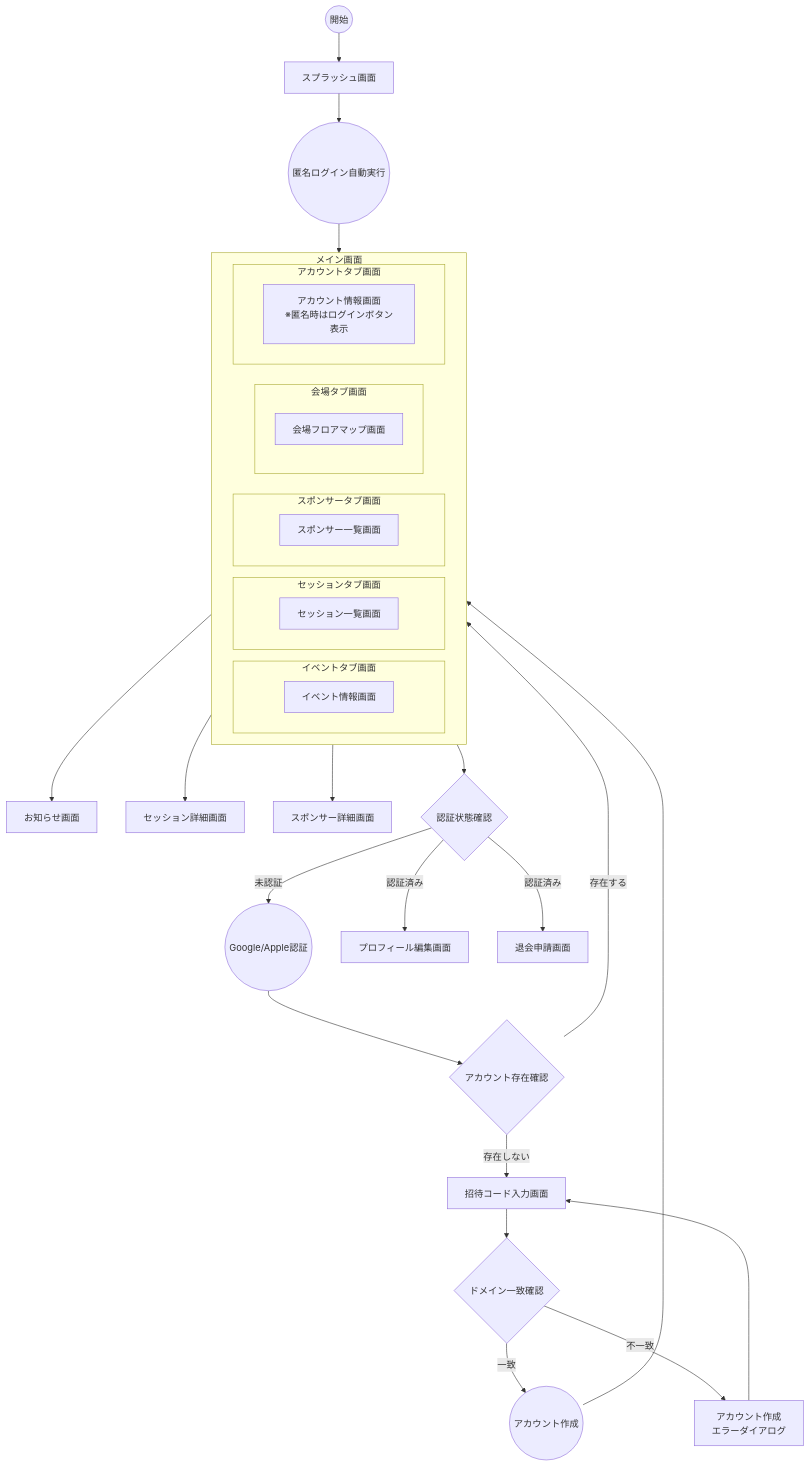
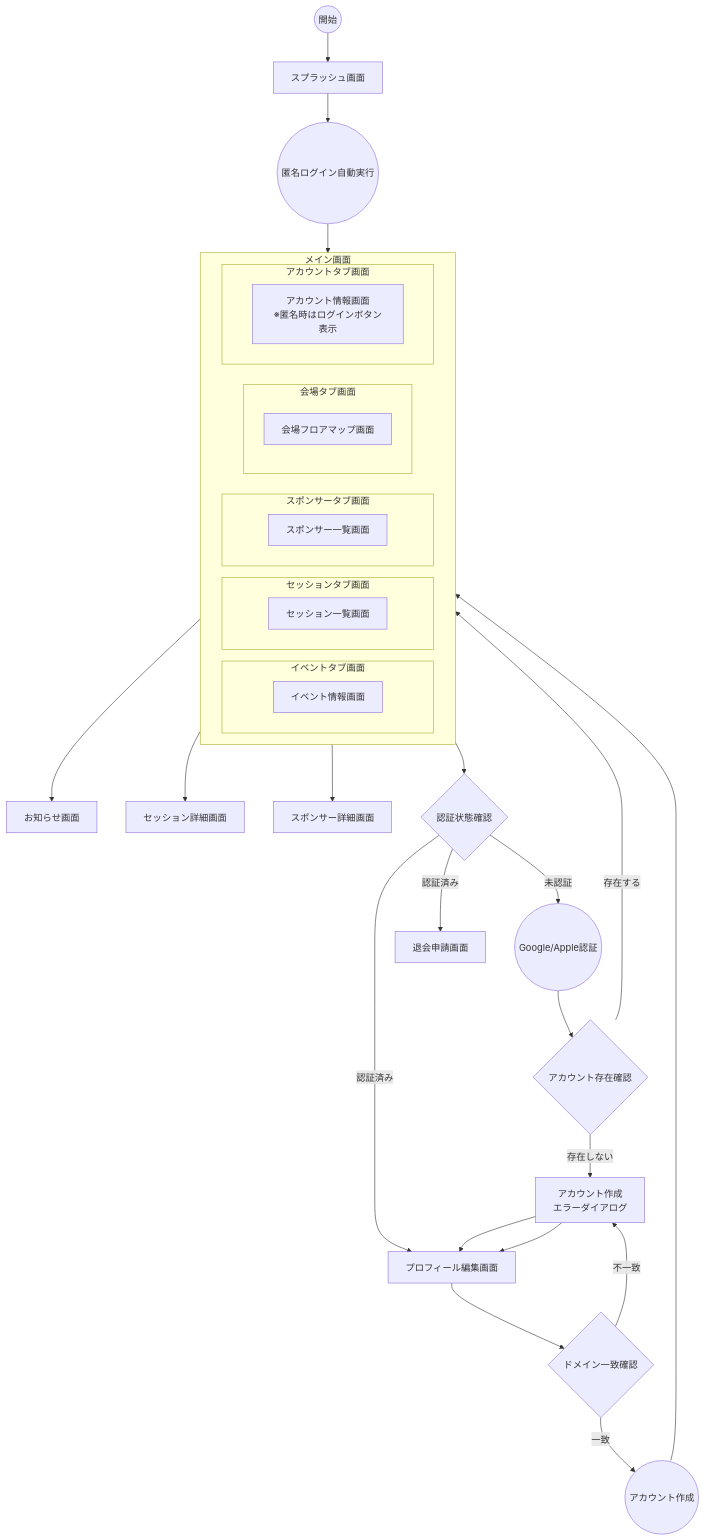
The first of 2 diagrams in docs/app/SCREENS.md (FlutterKaigi/2025), drawn with Mermaid before and after one commit. The commit also changed other lines of this file and 6 other files, not shown here.

````diff
--- a/docs/app/SCREENS.md
+++ b/docs/app/SCREENS.md
@@ -51,58 +50,58 @@
 ```mermaid
 flowchart TD
     %% 画面一覧
     SplashScreen[スプラッシュ画面]
     SocialAuthBottomSheet[Google/Apple認証画面]
-    InvitationCodeScreen[招待コード入力画面]
     AccountCreationErrorDialog[アカウント作成<br>エラーダイアログ]
     subgraph MainScreen[メイン画面]
       direction LR
       subgraph EventTabScreen[イベントタブ画面]
         EventInfoScreen[イベント情報画面]
       end
       subgraph SessionTabScreen[セッションタブ画面]
         SessionListScreen[セッション一覧画面]
       end
       subgraph VenueTabScreen[会場タブ画面]
         VenueFloorMapScreen[会場フロアマップ画面]
       end
       subgraph SponsorTabScreen[スポンサータブ画面]
         SponsorListScreen[スポンサー一覧画面]
       end
       subgraph AccountTabScreen[アカウントタブ画面]
         AccountInfoScreen[アカウント情報画面<br>※匿名時はログインボタン表示]
       end
     end
     NewsScreen[お知らせ画面]
     SessionDetailScreen[セッション詳細画面]
     SponsorDetailScreen[スポンサー詳細画面]
     ProfileEditScreen[プロフィール編集画面]
     WithdrawalScreen[退会申請画面]
 
     Start((開始)) --> SplashScreen
     SplashScreen --> AnonymousLogin((匿名ログイン自動実行))
     AnonymousLogin --> EventInfoScreen
     
     %% アカウント情報画面からの認証フロー
     AccountInfoScreen --> AuthCheck{認証状態確認}
     AuthCheck --> |未認証| SocialAuthBottomSheet((Google/Apple認証))
     AuthCheck --> |認証済み| ProfileEditScreen
     AuthCheck --> |認証済み| WithdrawalScreen
     
     %% 認証フロー
     SocialAuthBottomSheet --> AccountCheck{アカウント存在確認}
     AccountCheck --> |存在する| AccountInfoScreen
-    AccountCheck --> |存在しない| InvitationCodeScreen
+    AccountCheck --> |存在しない| AccountCreationErrorDialog
+    AccountCreationErrorDialog --> ProfileEditScreen
     
     %% 新規登録フロー
-    InvitationCodeScreen --> DomainCheck{ドメイン一致確認}
+    ProfileEditScreen --> DomainCheck{ドメイン一致確認}
     DomainCheck --> |一致| CreateAccount((アカウント作成))
     DomainCheck --> |不一致| AccountCreationErrorDialog
-    AccountCreationErrorDialog --> InvitationCodeScreen
+    AccountCreationErrorDialog --> ProfileEditScreen
     CreateAccount --> AccountInfoScreen
     
     %% メイン画面以降のフロー（匿名でも利用可能）
     EventInfoScreen --> NewsScreen
     SessionListScreen --> SessionDetailScreen
     SponsorListScreen --> SponsorDetailScreen
 ```
````
